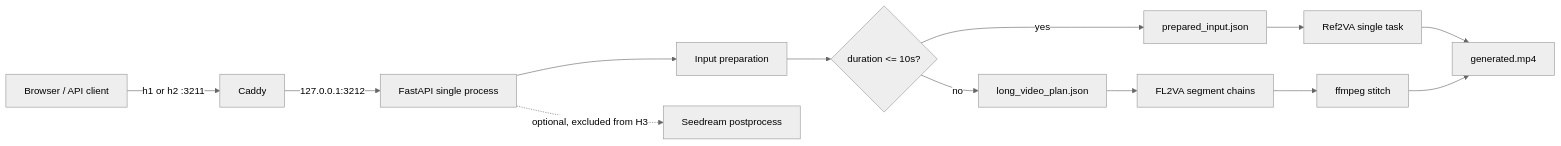
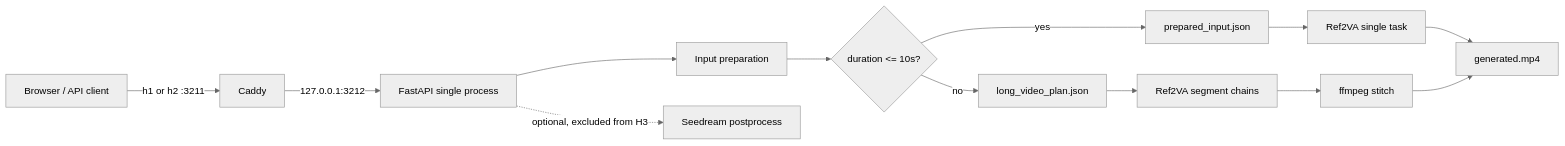
One commit to xy-plus/duet-ad changed the first of 3 diagrams in docs/agent/architecture/architecture.md. Above: the diagram before and after it, drawn with Mermaid (neutral theme). The commit also changed other lines of this file and 15 other files, not shown here.

````diff
--- a/docs/agent/architecture/architecture.md
+++ b/docs/agent/architecture/architecture.md
@@ -17,15 +17,15 @@
 ```mermaid
 flowchart LR
   U[Browser / API client] -->|h1 or h2 :3211| C[Caddy]
   C -->|127.0.0.1:3212| A[FastAPI single process]
   A --> P[Input preparation]
   P --> Q{duration <= 10s?}
   Q -->|yes| R[prepared_input.json]
   Q -->|no| L[long_video_plan.json]
   R --> H[Ref2VA single task]
-  L --> F[FL2VA segment chains]
+  L --> F[Ref2VA segment chains]
   H --> V[generated.mp4]
   F --> X[ffmpeg stitch]
   X --> V
   A -. optional, excluded from H3 .-> S[Seedream postprocess]
 ```
````
